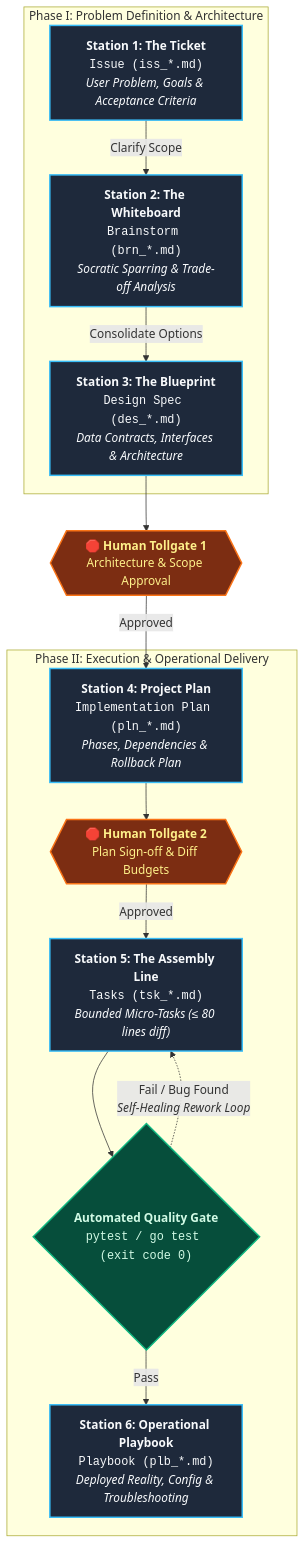
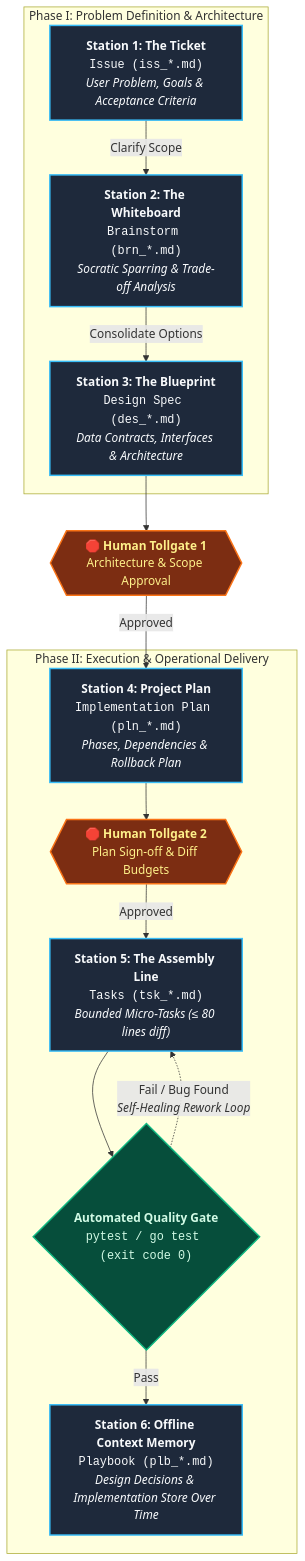
The first of 3 diagrams in docs/spec_driven_agentic_lifecycle_dummies_guide.md (clydewatts1/rubies_rangers), drawn with Mermaid before and after one commit. The commit also changed other lines of this file and 2 other files, not shown here.

Commit message:
docs(playbook): formalize Playbook as offline context memory and long-term implementation store

````diff
--- a/docs/spec_driven_agentic_lifecycle_dummies_guide.md
+++ b/docs/spec_driven_agentic_lifecycle_dummies_guide.md
@@ -43,36 +43,36 @@
 ```mermaid
 flowchart TD
     subgraph Phase1 ["Phase I: Problem Definition & Architecture"]
         S1["<b>Station 1: The Ticket</b><br/><code>Issue (iss_*.md)</code><br/><i>User Problem, Goals & Acceptance Criteria</i>"]
         S2["<b>Station 2: The Whiteboard</b><br/><code>Brainstorm (brn_*.md)</code><br/><i>Socratic Sparring & Trade-off Analysis</i>"]
         S3["<b>Station 3: The Blueprint</b><br/><code>Design Spec (des_*.md)</code><br/><i>Data Contracts, Interfaces & Architecture</i>"]
     end
 
     Gate1{{"🛑 <b>Human Tollgate 1</b><br/>Architecture & Scope Approval"}}
 
     subgraph Phase2 ["Phase II: Execution & Operational Delivery"]
         S4["<b>Station 4: Project Plan</b><br/><code>Implementation Plan (pln_*.md)</code><br/><i>Phases, Dependencies & Rollback Plan</i>"]
         Gate2{{"🛑 <b>Human Tollgate 2</b><br/>Plan Sign-off & Diff Budgets"}}
         S5["<b>Station 5: The Assembly Line</b><br/><code>Tasks (tsk_*.md)</code><br/><i>Bounded Micro-Tasks (&le; 80 lines diff)</i>"]
         TestPass{"<b>Automated Quality Gate</b><br/><code>pytest / go test (exit code 0)</code>"}
-        S6["<b>Station 6: Operational Playbook</b><br/><code>Playbook (plb_*.md)</code><br/><i>Deployed Reality, Config & Troubleshooting</i>"]
+        S6["<b>Station 6: Offline Context Memory</b><br/><code>Playbook (plb_*.md)</code><br/><i>Design Decisions & Implementation Store Over Time</i>"]
     end
 
     S1 -->|Clarify Scope| S2
     S2 -->|Consolidate Options| S3
     S3 --> Gate1
     Gate1 -->|Approved| S4
     S4 --> Gate2
     Gate2 -->|Approved| S5
     S5 --> TestPass
     TestPass -->|Pass| S6
     TestPass -.->|Fail / Bug Found<br/><i>Self-Healing Rework Loop</i>| S5
 
     classDef station fill:#1e293b,stroke:#38bdf8,stroke-width:2px,color:#f8fafc;
     classDef gate fill:#7c2d12,stroke:#f97316,stroke-width:2px,color:#fef08a;
     classDef pass fill:#064e3b,stroke:#10b981,stroke-width:2px,color:#d1fae5;
 
     class S1,S2,S3,S4,S5,S6 station;
     class Gate1,Gate2 gate;
     class TestPass pass;
 ```
````
